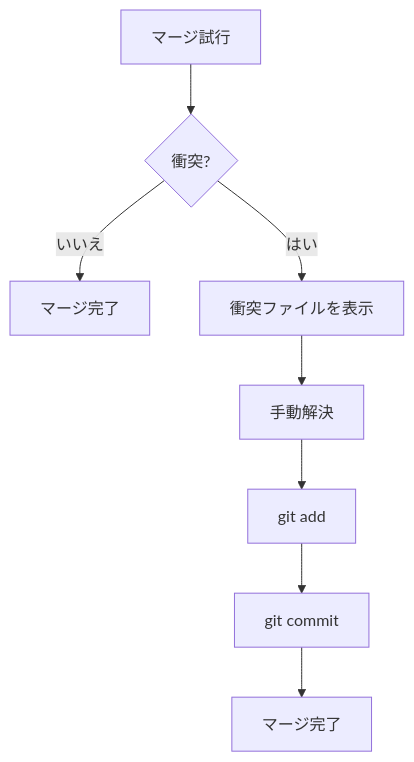
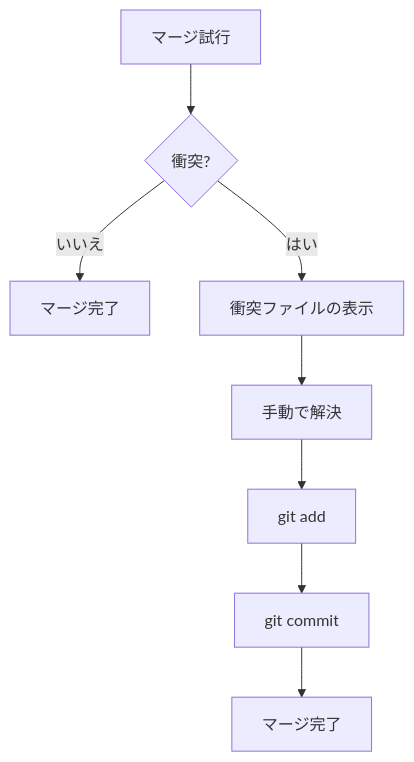
The ninth of 10 diagrams in docs-site/content/ja/worktree/guide.md (modu-ai/moai-adk), drawn with Mermaid before and after one commit. The commit also changed other lines of this file and 395 other files, not shown here.

````diff
--- a/docs-site/content/ja/worktree/guide.md
+++ b/docs-site/content/ja/worktree/guide.md
@@ -522,10 +531,10 @@
 ```mermaid
 flowchart TD
     A[マージ試行] --> B{衝突?}
     B -->|いいえ| C[マージ完了]
-    B -->|はい| D[衝突ファイルを表示]
-    D --> E[手動解決]
+    B -->|はい| D[衝突ファイルの表示]
+    D --> E[手動で解決]
     E --> F[git add]
     F --> G[git commit]
     G --> H[マージ完了]
 ```
````
